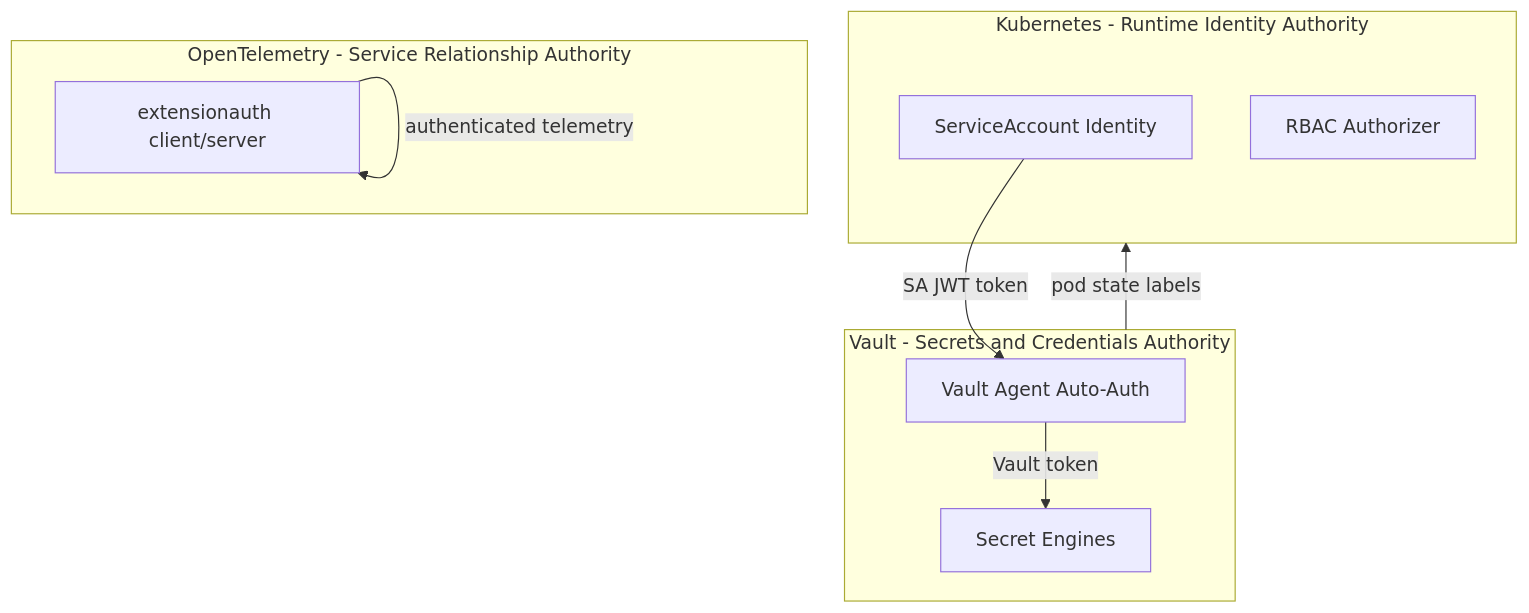
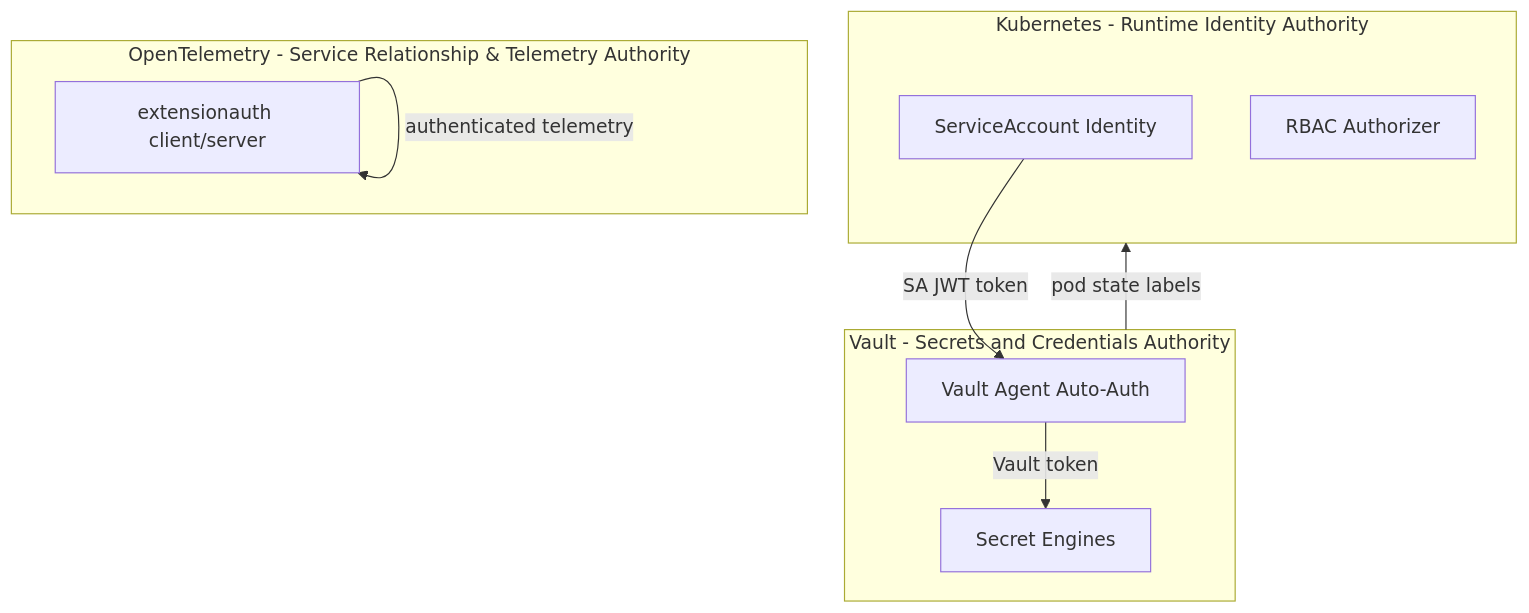
One commit to blitzy-public-samples/blitzy-bank-system changed the eighth of 9 diagrams in TECHNICAL_SPECIFICATION.md. Above: the diagram before and after it, drawn with Mermaid. The commit also changed other lines of this file, not shown here.

````diff
--- a/TECHNICAL_SPECIFICATION.md
+++ b/TECHNICAL_SPECIFICATION.md
@@ -381,18 +381,18 @@
 ```mermaid
 flowchart TB
     subgraph K8S[Kubernetes - Runtime Identity Authority]
         SA[ServiceAccount Identity]
         RBAC[RBAC Authorizer]
     end
     subgraph VAULT[Vault - Secrets and Credentials Authority]
         AGENT[Vault Agent Auto-Auth]
         ENGINES[Secret Engines]
     end
-    subgraph OTEL[OpenTelemetry - Service Relationship Authority]
+    subgraph OTEL[OpenTelemetry - Service Relationship & Telemetry Authority]
         AUTHEXT[extensionauth client/server]
     end
     SA -- SA JWT token --> AGENT
     AGENT -- Vault token --> ENGINES
     VAULT -- pod state labels --> K8S
     AUTHEXT -- authenticated telemetry --> AUTHEXT
 ```
````
